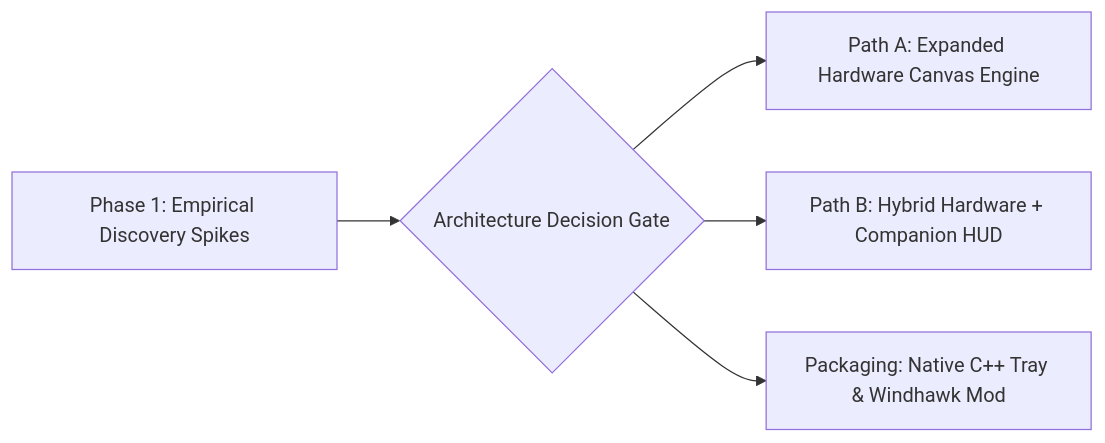
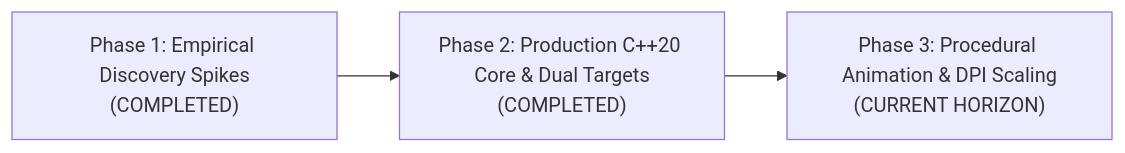
Before and after one commit to amirf147/dynamic-cursor: the diagram in docs/roadmap/living_roadmap.md, drawn with Mermaid. The commit also changed other lines of this file and 23 other files, not shown here.

````diff
--- a/docs/roadmap/living_roadmap.md
+++ b/docs/roadmap/living_roadmap.md
@@ -10,7 +10,5 @@
 ```mermaid
 flowchart LR
-    P1["Phase 1: Empirical Discovery Spikes"] --> GATE{"Architecture Decision Gate"}
-    GATE --> P2A["Path A: Expanded Hardware Canvas Engine"]
-    GATE --> P2B["Path B: Hybrid Hardware + Companion HUD"]
-    GATE --> P2C["Packaging: Native C++ Tray & Windhawk Mod"]
+    P1["Phase 1: Empirical Discovery Spikes\n(COMPLETED)"] --> P2["Phase 2: Production C++20 Core & Dual Targets\n(COMPLETED)"]
+    P2 --> P3["Phase 3: Procedural Animation & DPI Scaling\n(CURRENT HORIZON)"]
 ```
````
